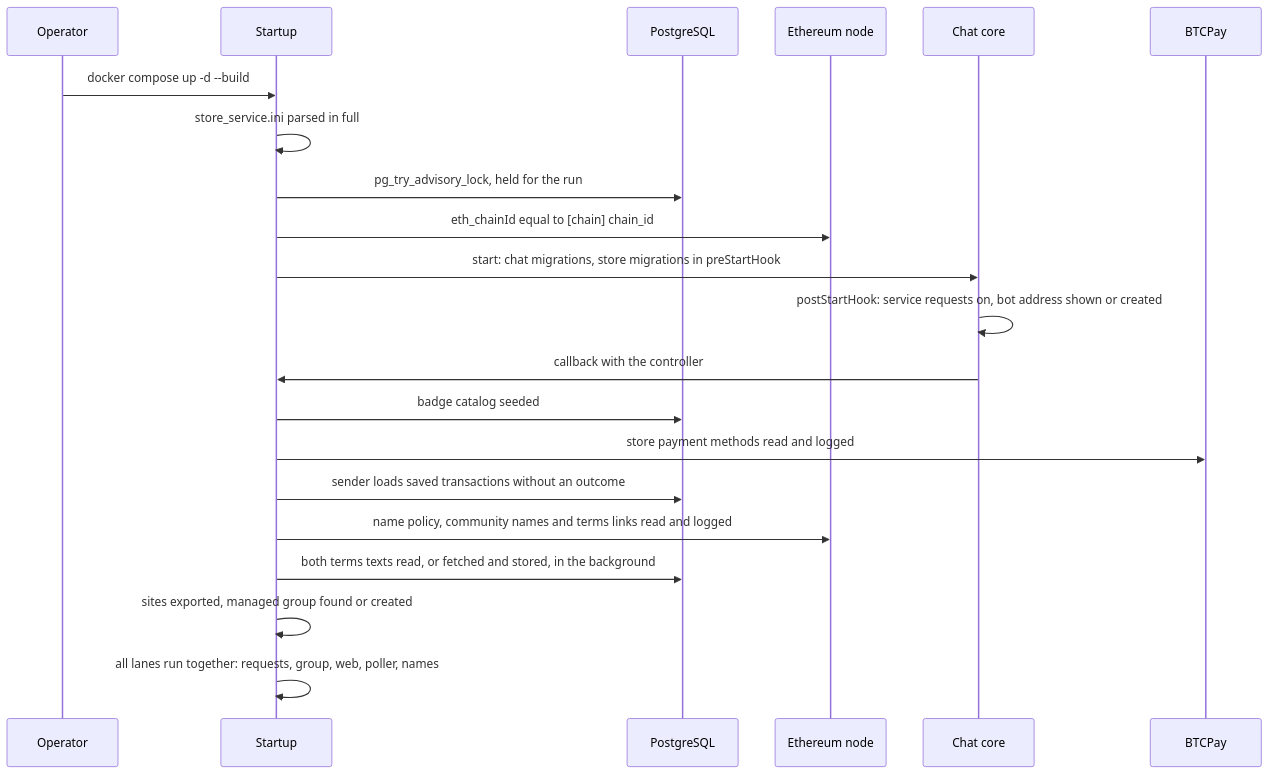
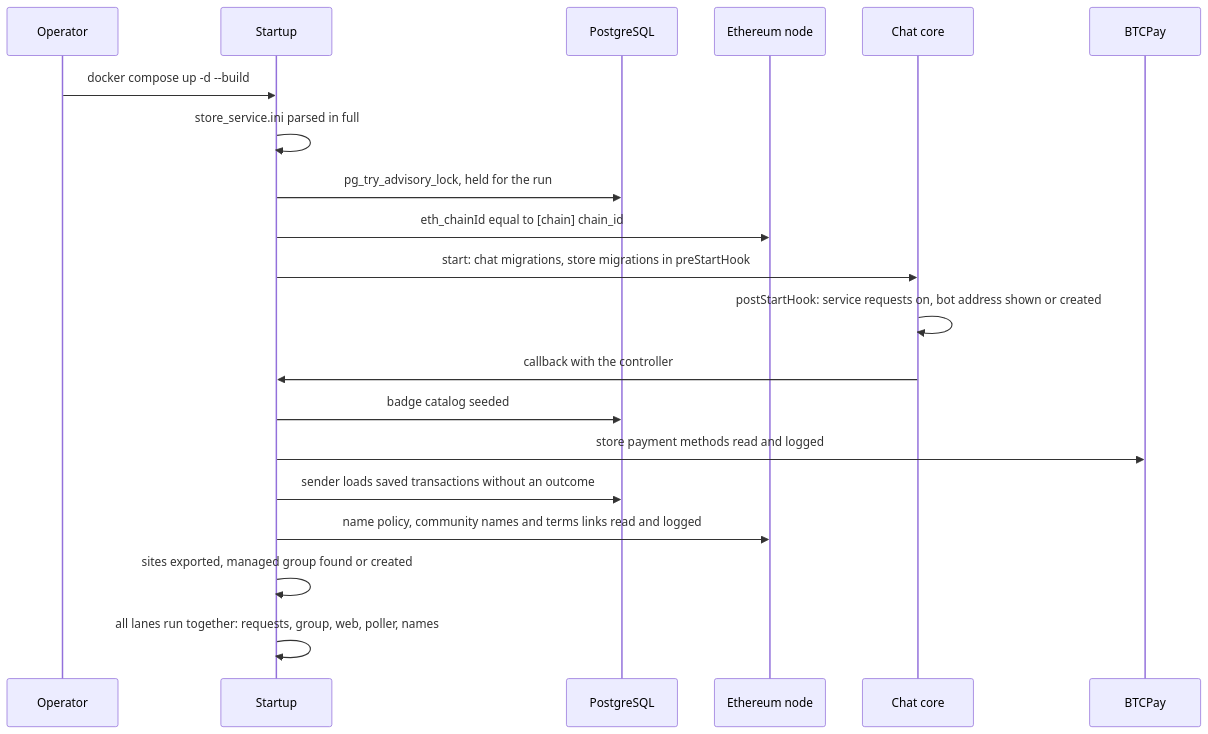
One commit to simplex-chat/simplex-chat changed diagram 13 of 13 in apps/simplex-store-service/docs/names.md. Above: the diagram before and after it, drawn with Mermaid. The commit also changed other lines of this file and 6 other files, not shown here.

Commit message:
store: log names terms failures and fetch the texts in a lane

````diff
--- a/apps/simplex-store-service/docs/names.md
+++ b/apps/simplex-store-service/docs/names.md
@@ -562,23 +563,22 @@
 ```mermaid
 sequenceDiagram
   participant O as Operator
   participant U as Startup
   participant D as PostgreSQL
   participant E as Ethereum node
   participant C as Chat core
   participant V as BTCPay
   O->>U: docker compose up -d --build
   U->>U: store_service.ini parsed in full
   U->>D: pg_try_advisory_lock, held for the run
   U->>E: eth_chainId equal to [chain] chain_id
   U->>C: start: chat migrations, store migrations in preStartHook
   C->>C: postStartHook: service requests on, bot address shown or created
   C->>U: callback with the controller
   U->>D: badge catalog seeded
   U->>V: store payment methods read and logged
   U->>D: sender loads saved transactions without an outcome
   U->>E: name policy, community names and terms links read and logged
-  U->>D: both terms texts read, or fetched and stored, in the background
   U->>U: sites exported, managed group found or created
   U->>U: all lanes run together: requests, group, web, poller, names
 ```
````
